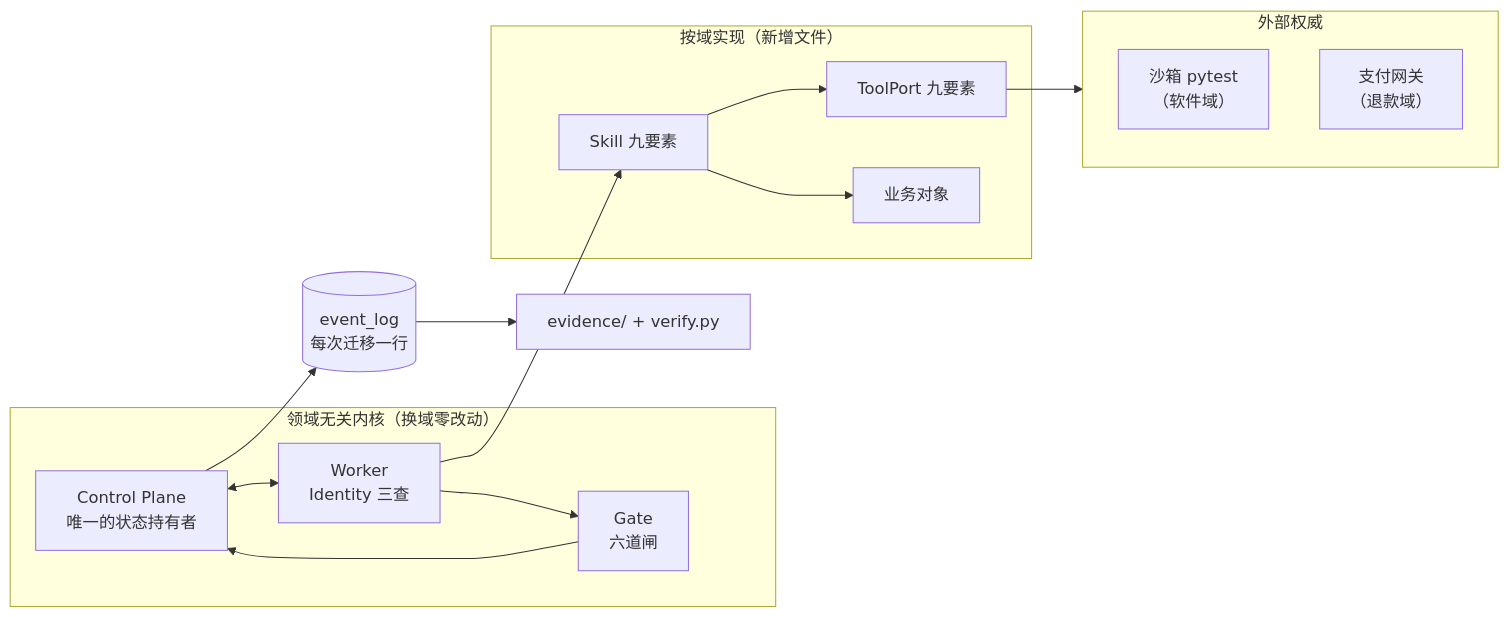
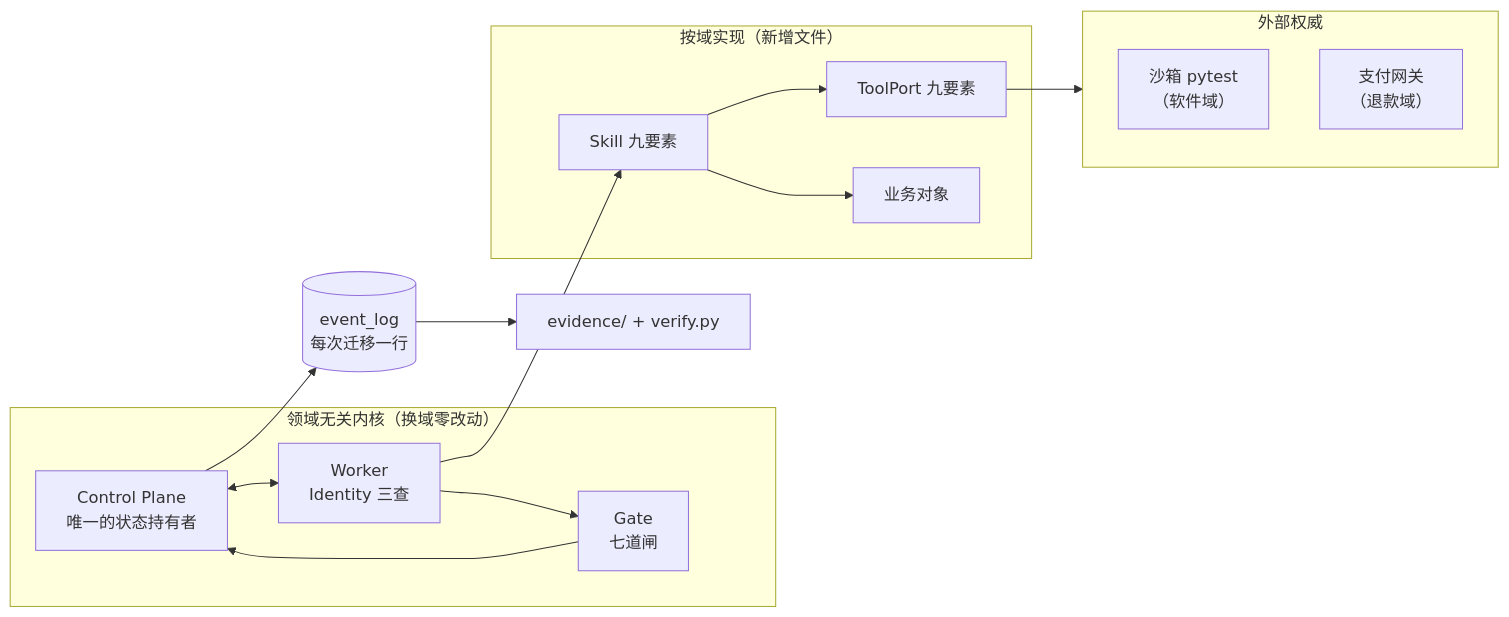
The diagram in README.md (TomwaltW/maos-runtime), drawn with Mermaid before and after one commit. The commit also changed other lines of this file and 8 other files, not shown here.

````diff
--- a/README.md
+++ b/README.md
@@ -57,21 +57,21 @@
 ```mermaid
 flowchart LR
   subgraph K["领域无关内核（换域零改动）"]
     CP["Control Plane<br/>唯一的状态持有者"]
     WK["Worker<br/>Identity 三查"]
-    GT["Gate<br/>六道闸"]
+    GT["Gate<br/>七道闸"]
   end
   subgraph P["按域实现（新增文件）"]
     SK["Skill 九要素"]
     TP["ToolPort 九要素"]
     OBJ["业务对象"]
   end
   subgraph X["外部权威"]
     PY["沙箱 pytest<br/>（软件域）"]
     GW["支付网关<br/>（退款域）"]
   end
   CP <--> WK --> SK --> TP --> X
   WK --> GT --> CP
   SK --> OBJ
   CP --> EL[("event_log<br/>每次迁移一行")] --> EV["evidence/ + verify.py"]
 ```
````
